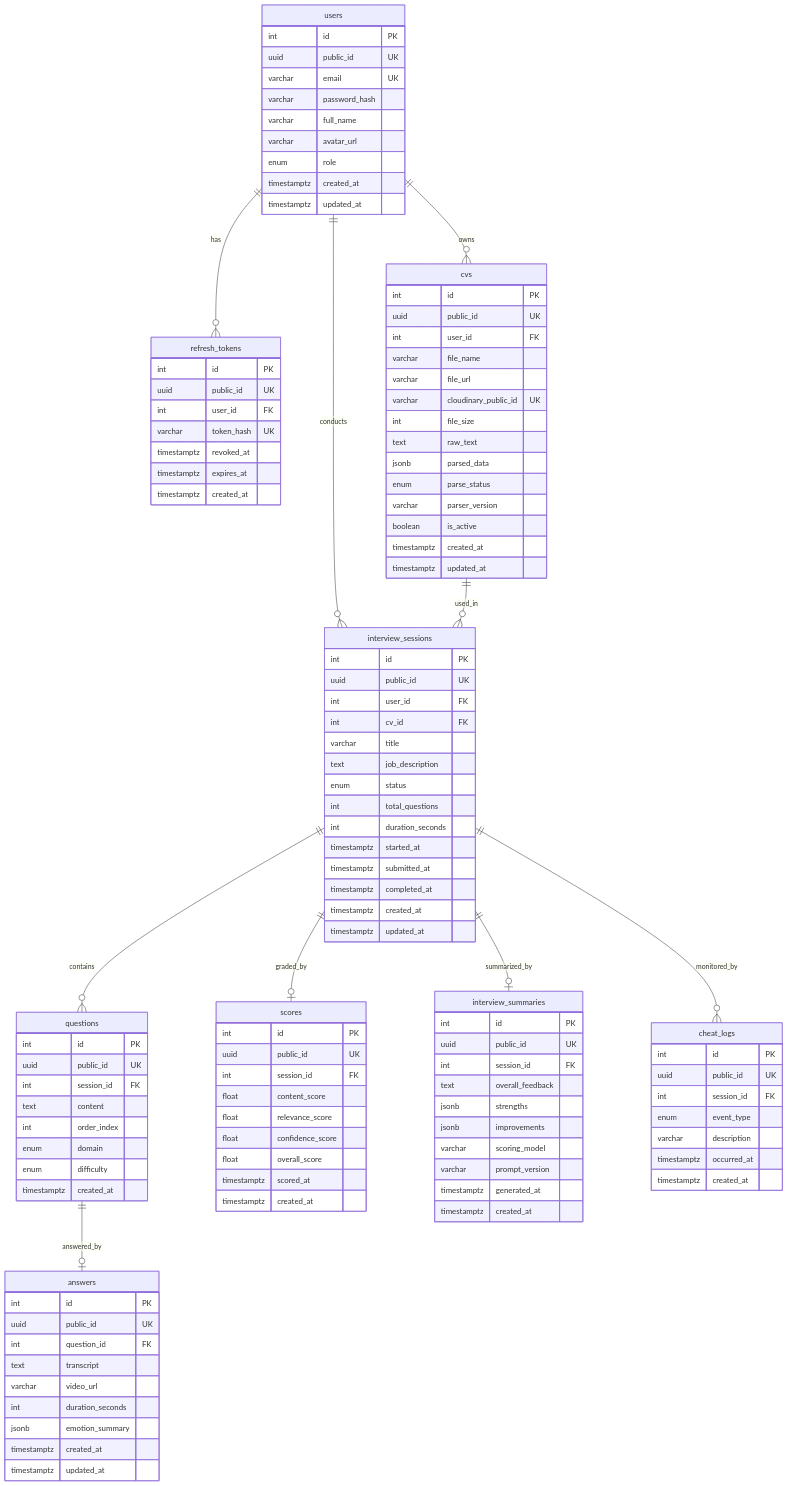
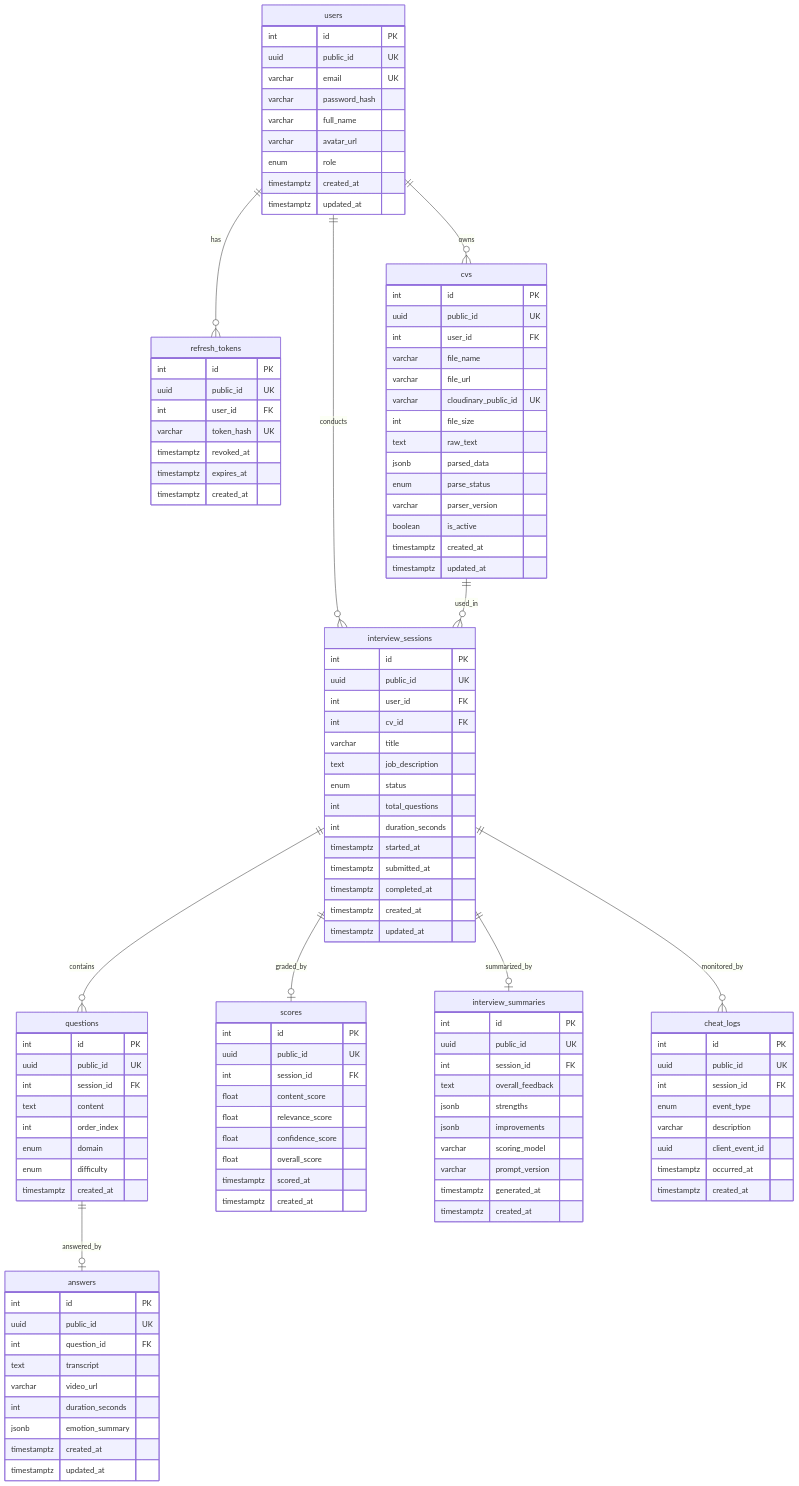
One commit to hoanghaoz/SE347-InterviewIQ-Backend changed the diagram in docs/database-schema.md. Above: the diagram before and after it, drawn with Mermaid. The commit also changed other lines of this file and 2 other files, not shown here.

Commit message:
feat(cheat-log): add client_event_id column with unique index per session

```diff
--- a/docs/database-schema.md
+++ b/docs/database-schema.md
@@ -149,6 +149,7 @@
         int session_id FK
         enum event_type
         varchar description
+        uuid client_event_id
         timestamptz occurred_at
         timestamptz created_at
     }
```
